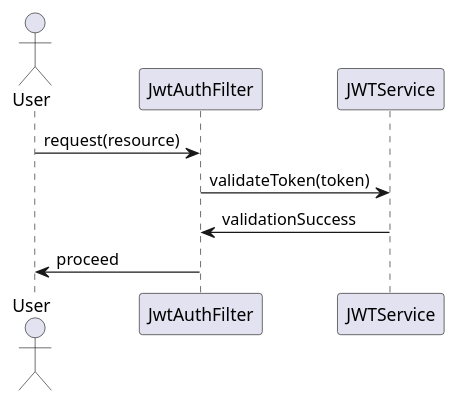
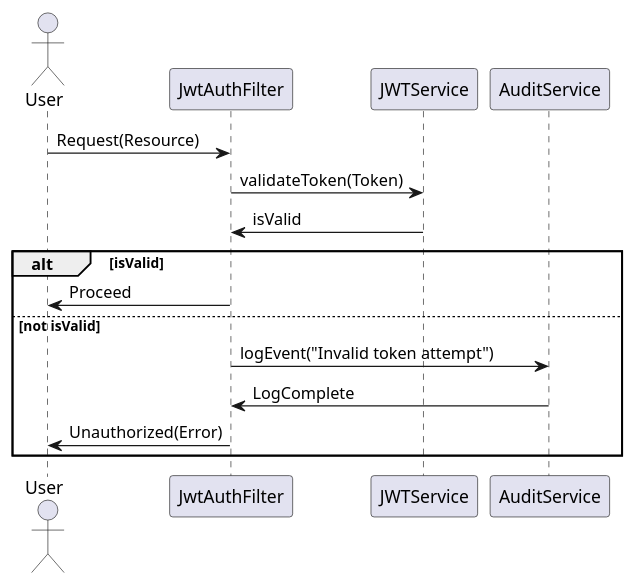
Before and after one commit to Dinesh-s95/AutoDoc.ai: the third of 5 diagrams in identityprovider/documentation/detaileddesign.adoc, drawn with PlantUML. The commit also changed other lines of this file and 4 other files, not shown here.

````diff
--- a/identityprovider/documentation/detaileddesign.adoc
+++ b/identityprovider/documentation/detaileddesign.adoc
@@ -289,12 +331,19 @@
 ```plantuml
 @startuml
 actor User
 participant JwtAuthFilter
 participant JWTService
+participant AuditService
 
-User -> JwtAuthFilter : request(resource)
-JwtAuthFilter -> JWTService : validateToken(token)
-JWTService -> JwtAuthFilter : validationSuccess
-JwtAuthFilter -> User : proceed
+User -> JwtAuthFilter : Request(Resource)
+JwtAuthFilter -> JWTService : validateToken(Token)
+JWTService -> JwtAuthFilter : isValid
+alt isValid
+    JwtAuthFilter -> User : Proceed
+else not isValid
+    JwtAuthFilter -> AuditService : logEvent("Invalid token attempt")
+    AuditService -> JwtAuthFilter : LogComplete
+    JwtAuthFilter -> User : Unauthorized(Error)
+end
 @enduml
 ```
````
